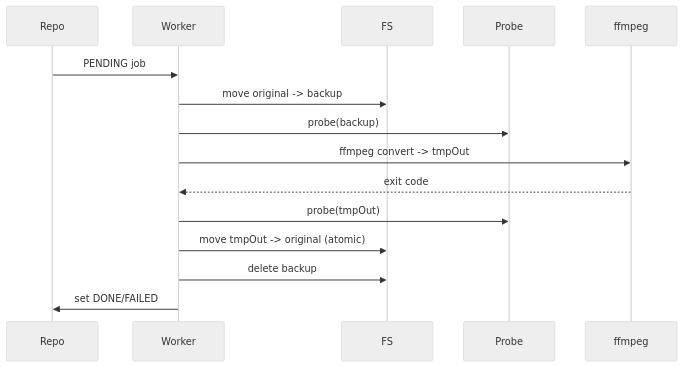
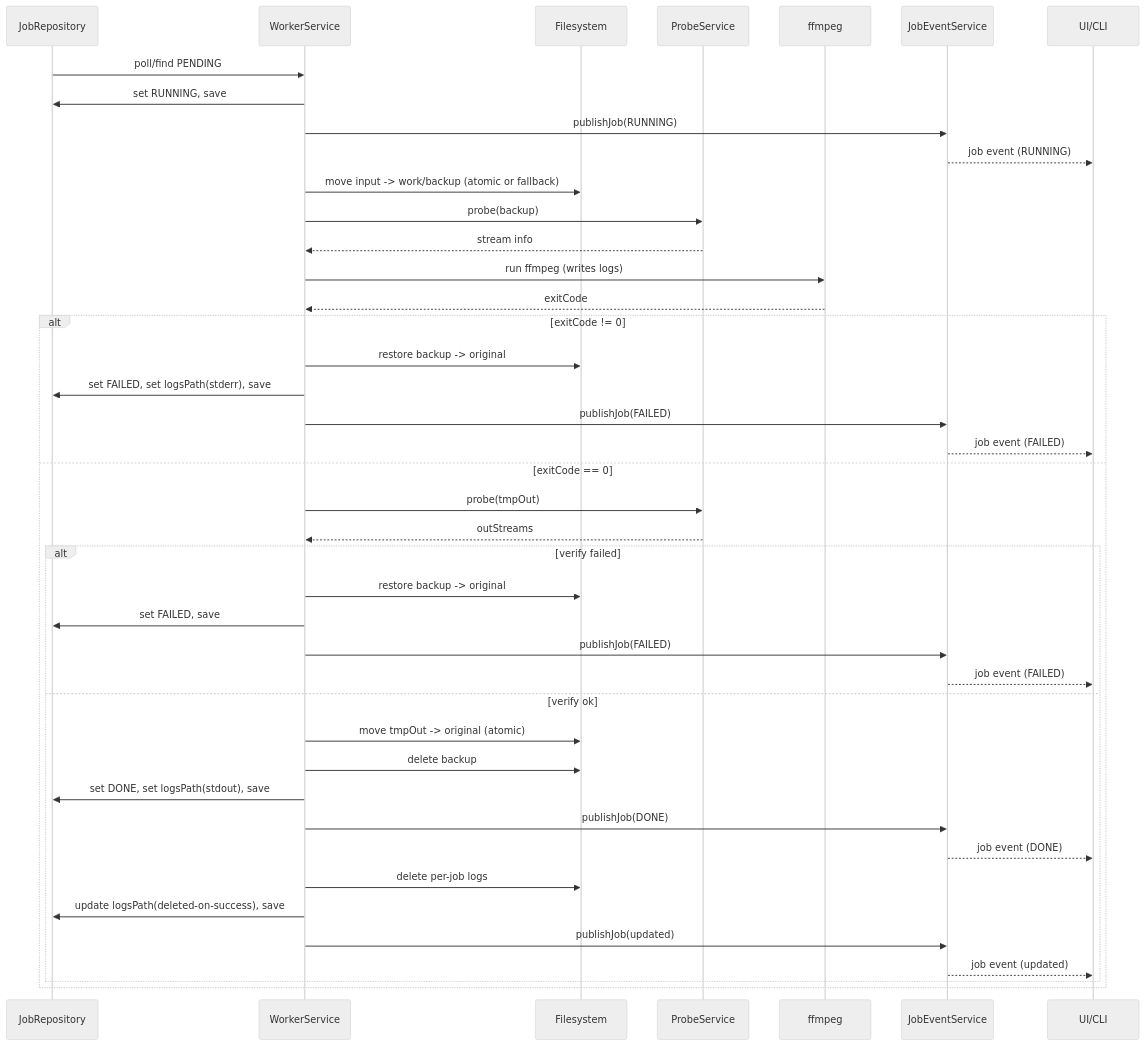
Before and after one commit to martinrevert/AACKiller: the third of 5 diagrams in README.md, drawn with Mermaid (neutral theme). The commit also changed other lines of this file, not shown here.

Commit message:
update README  with Mermaid flowchart and enhance sequence diagrams

````diff
--- a/README.md
+++ b/README.md
@@ -64,18 +102,47 @@
 ```mermaid
 sequenceDiagram
-	participant Repo
-	participant Worker
-	participant FS
-	participant Probe
+	participant Repo as JobRepository
+	participant Worker as WorkerService
+	participant FS as Filesystem
+	participant Probe as ProbeService
 	participant FF as ffmpeg
+	participant Events as JobEventService
+	participant Client as UI/CLI
 
-	Repo->>Worker: PENDING job
-	Worker->>FS: move original -> backup
+	Repo->>Worker: poll/find PENDING
+	Worker->>Repo: set RUNNING, save
+	Worker->>Events: publishJob(RUNNING)
+	Events-->>Client: job event (RUNNING)
+
+	Worker->>FS: move input -> work/backup (atomic or fallback)
 	Worker->>Probe: probe(backup)
-	Worker->>FF: ffmpeg convert -> tmpOut
-	FF-->>Worker: exit code
-	Worker->>Probe: probe(tmpOut)
-	Worker->>FS: move tmpOut -> original (atomic)
-	Worker->>FS: delete backup
-	Worker->>Repo: set DONE/FAILED
+	Probe-->>Worker: stream info
+	Worker->>FF: run ffmpeg (writes logs)
+	FF-->>Worker: exitCode
+
+	alt exitCode != 0
+		Worker->>FS: restore backup -> original
+		Worker->>Repo: set FAILED, set logsPath(stderr), save
+		Worker->>Events: publishJob(FAILED)
+		Events-->>Client: job event (FAILED)
+	else exitCode == 0
+		Worker->>Probe: probe(tmpOut)
+		Probe-->>Worker: outStreams
+		alt verify failed
+			Worker->>FS: restore backup -> original
+			Worker->>Repo: set FAILED, save
+			Worker->>Events: publishJob(FAILED)
+			Events-->>Client: job event (FAILED)
+		else verify ok
+			Worker->>FS: move tmpOut -> original (atomic)
+			Worker->>FS: delete backup
+			Worker->>Repo: set DONE, set logsPath(stdout), save
+			Worker->>Events: publishJob(DONE)
+			Events-->>Client: job event (DONE)
+			Worker->>FS: delete per-job logs
+			Worker->>Repo: update logsPath(deleted-on-success), save
+			Worker->>Events: publishJob(updated)
+			Events-->>Client: job event (updated)
+		end
+	end
 ```
````
